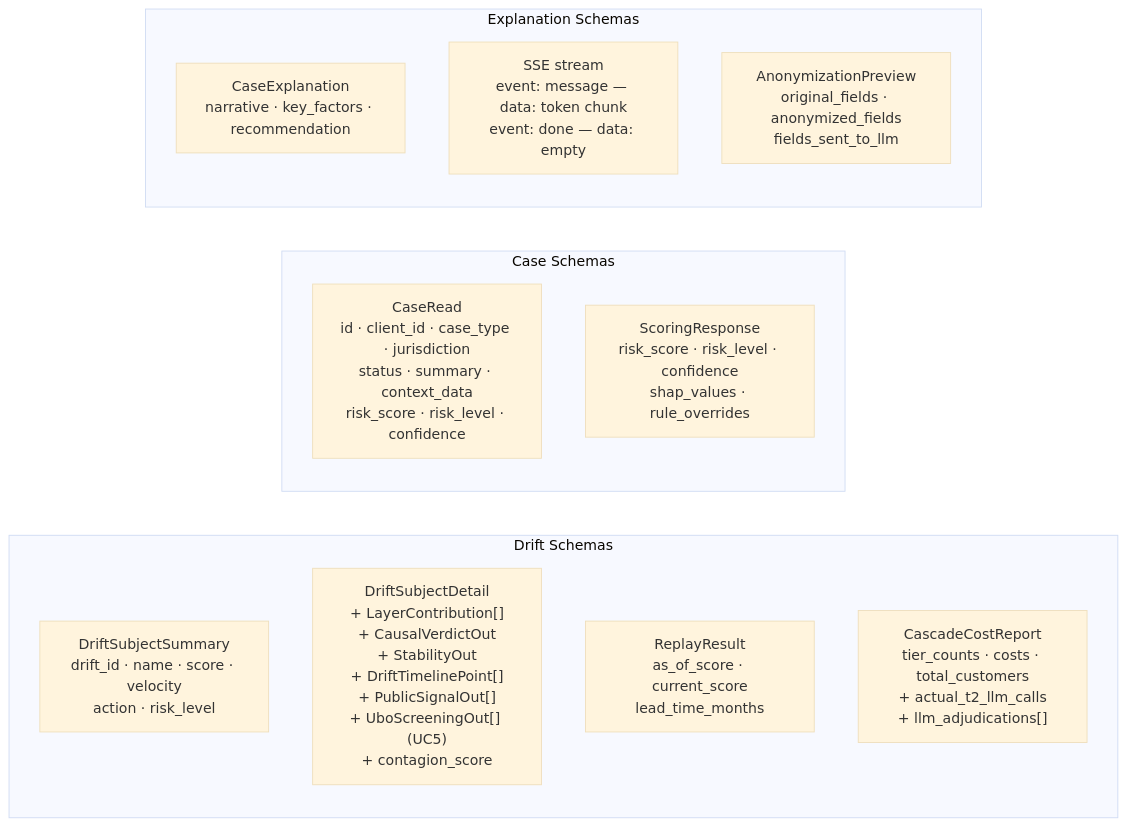
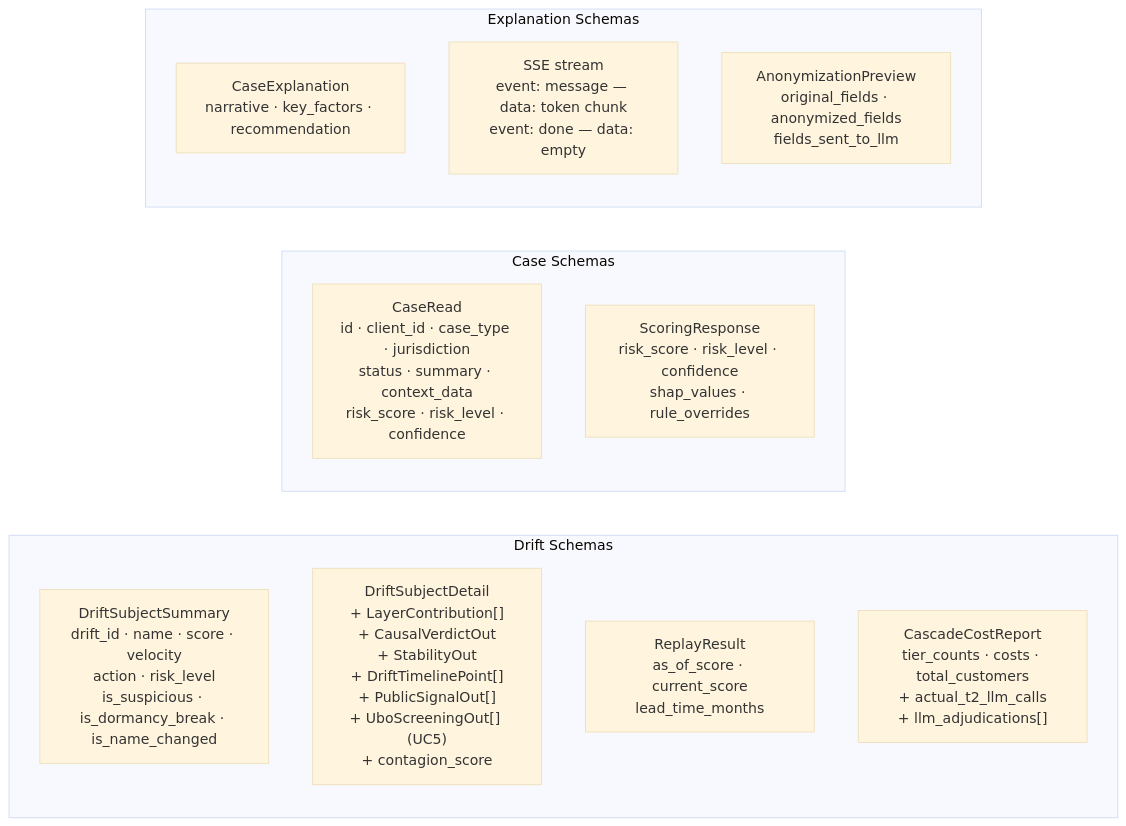
The second of 3 diagrams in docs/api.md (SteveDok22/Swisshacks-2026), drawn with Mermaid (base theme) before and after one commit. The commit also changed other lines of this file and 9 other files, not shown here.

Commit message:
feat(drift): UC8 — legal entity name change → re-KYC (score floor 60) (#41)

````diff
--- a/docs/api.md
+++ b/docs/api.md
@@ -58,20 +58,20 @@
 ```mermaid
 flowchart LR
     subgraph DriftSchemas["Drift Schemas"]
-        DS1["DriftSubjectSummary\ndrift_id · name · score · velocity\naction · risk_level"]
+        DS1["DriftSubjectSummary\ndrift_id · name · score · velocity\naction · risk_level\nis_suspicious · is_dormancy_break · is_name_changed"]
         DS2["DriftSubjectDetail\n+ LayerContribution[]\n+ CausalVerdictOut\n+ StabilityOut\n+ DriftTimelinePoint[]\n+ PublicSignalOut[]\n+ UboScreeningOut[] (UC5)\n+ contagion_score"]
         DS3["ReplayResult\nas_of_score · current_score\nlead_time_months"]
         DS4["CascadeCostReport\ntier_counts · costs · total_customers\n+ actual_t2_llm_calls\n+ llm_adjudications[]"]
     end
 
     subgraph CaseSchemas["Case Schemas"]
         CS1["CaseRead\nid · client_id · case_type · jurisdiction\nstatus · summary · context_data\nrisk_score · risk_level · confidence"]
         CS2["ScoringResponse\nrisk_score · risk_level · confidence\nshap_values · rule_overrides"]
     end
 
     subgraph ExplainSchemas["Explanation Schemas"]
         ES1["CaseExplanation\nnarrative · key_factors · recommendation"]
         ES2["SSE stream\nevent: message — data: token chunk\nevent: done — data: empty"]
         ES3["AnonymizationPreview\noriginal_fields · anonymized_fields\nfields_sent_to_llm"]
     end
 ```
````
